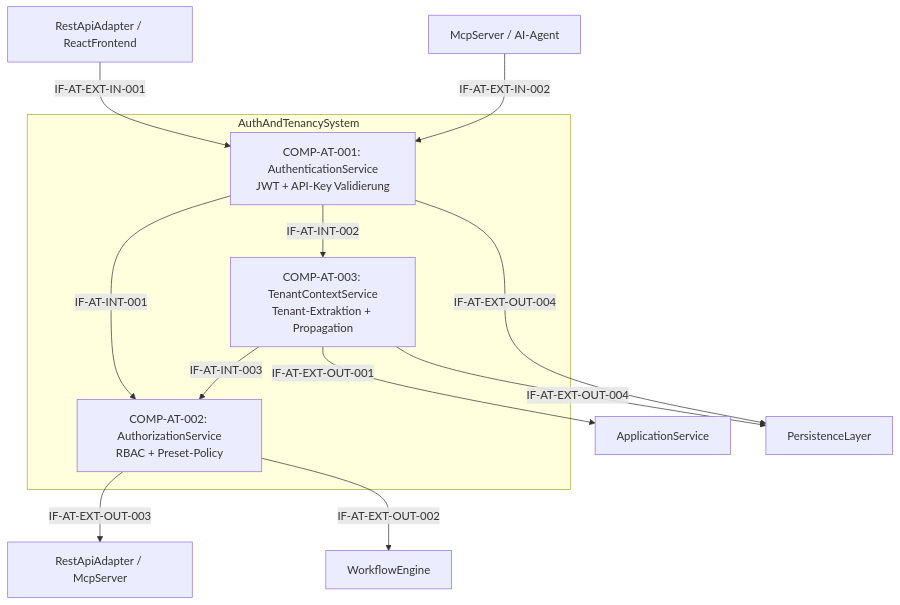
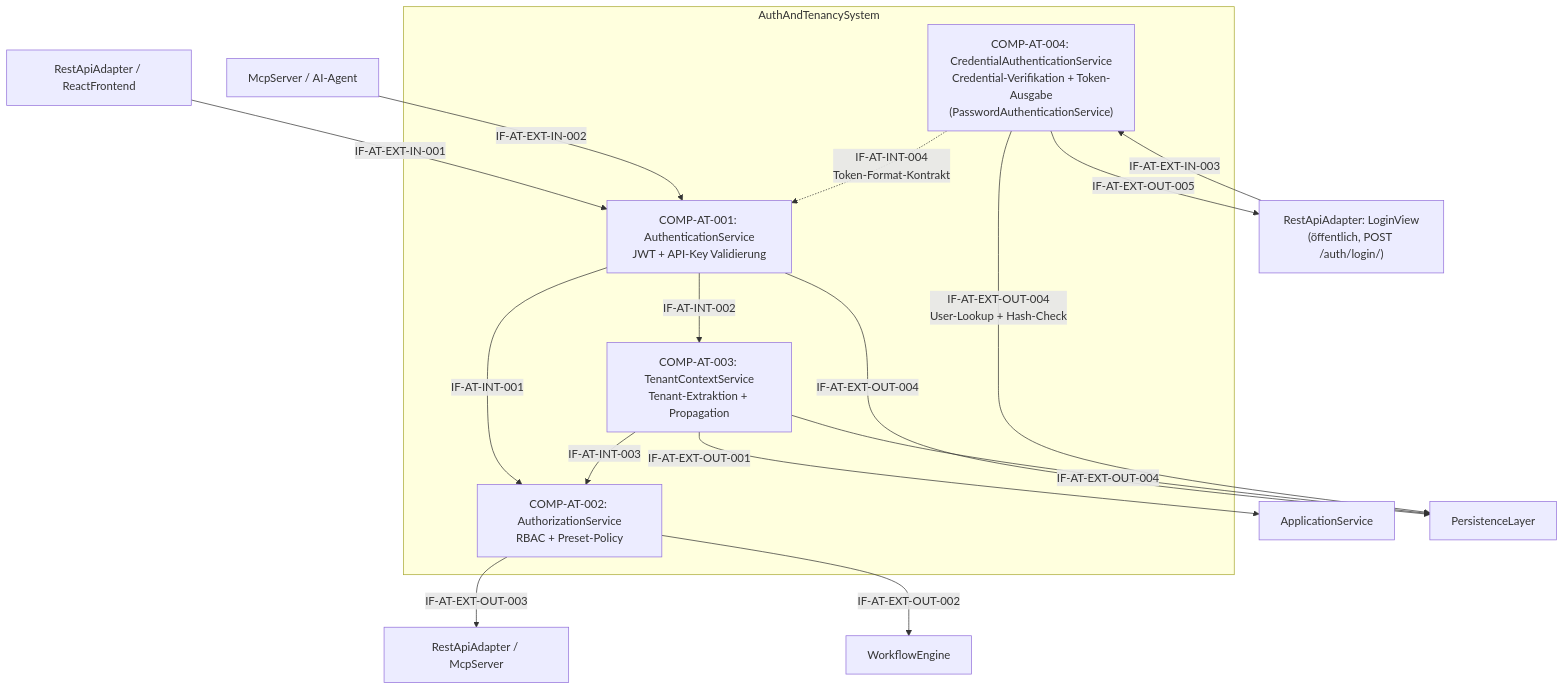
The diagram in docs/se/L1/Gesamtsystem/L2/AuthAndTenancySystem/L2_AuthAndTenancySystem_Architecture.md (Popoboxxo/ReqogniLoom), drawn with Mermaid before and after one commit. The commit also changed other lines of this file and 8 other files, not shown here.

First line of the commit message:
docs(se): formalize credential-login via SE cascade (REQ-L0-022, REQ-L1-033)

````diff
--- a/docs/se/L1/Gesamtsystem/L2/AuthAndTenancySystem/L2_AuthAndTenancySystem_Architecture.md
+++ b/docs/se/L1/Gesamtsystem/L2/AuthAndTenancySystem/L2_AuthAndTenancySystem_Architecture.md
@@ -52,22 +56,27 @@
 ```mermaid
 flowchart TD
     subgraph AuthAndTenancySystem
         C001["COMP-AT-001: AuthenticationService<br/>JWT + API-Key Validierung"]
         C002["COMP-AT-002: AuthorizationService<br/>RBAC + Preset-Policy"]
         C003["COMP-AT-003: TenantContextService<br/>Tenant-Extraktion + Propagation"]
+        C004["COMP-AT-004: CredentialAuthenticationService<br/>Credential-Verifikation + Token-Ausgabe<br/>(PasswordAuthenticationService)"]
     end
 
     ext_in1["RestApiAdapter / ReactFrontend"] -->|IF-AT-EXT-IN-001| C001
     ext_in2["McpServer / AI-Agent"] -->|IF-AT-EXT-IN-002| C001
+    ext_login["RestApiAdapter: LoginView<br/>(öffentlich, POST /auth/login/)"] -->|IF-AT-EXT-IN-003| C004
 
     C001 -->|IF-AT-INT-001| C002
     C001 -->|IF-AT-INT-002| C003
     C003 -->|IF-AT-INT-003| C002
+    C004 -. "IF-AT-INT-004<br/>Token-Format-Kontrakt" .-> C001
 
     C002 -->|IF-AT-EXT-OUT-003| ext_out1["RestApiAdapter / McpServer"]
     C002 -->|IF-AT-EXT-OUT-002| ext_wf["WorkflowEngine"]
     C003 -->|IF-AT-EXT-OUT-001| ext_app["ApplicationService"]
+    C004 -->|IF-AT-EXT-OUT-005| ext_login
 
     C001 -->|IF-AT-EXT-OUT-004| ext_db["PersistenceLayer"]
     C003 -->|IF-AT-EXT-OUT-004| ext_db
+    C004 -->|IF-AT-EXT-OUT-004<br/>User-Lookup + Hash-Check| ext_db
 ```
````
